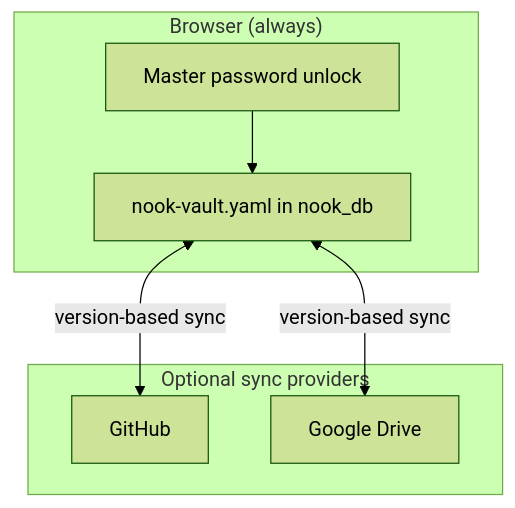
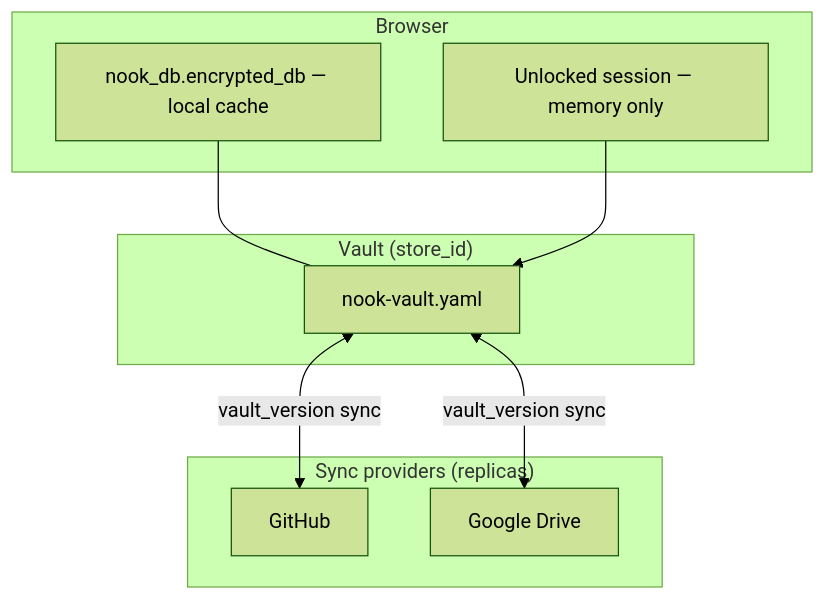
Before and after one commit to meta-secret/nook: the first of 3 diagrams in .cortex/design-docs/unified-vault.md, drawn with Mermaid (forest theme). The commit also changed other lines of this file and 46 other files, not shown here.

First line of the commit message:
Polish unified vault UX: sync reconcile on connect, legal pages, and session lock.

````diff
--- a/.cortex/design-docs/unified-vault.md
+++ b/.cortex/design-docs/unified-vault.md
@@ -23,14 +17,18 @@
 ```mermaid
 flowchart TB
-  subgraph local["Browser (always)"]
-    V[nook-vault.yaml in nook_db]
-    P[Master password unlock]
+  subgraph vault["Vault (store_id)"]
+    V[nook-vault.yaml]
   end
-  subgraph sync["Optional sync providers"]
+  subgraph local["Browser"]
+    L[nook_db.encrypted_db — local cache]
+    S[Unlocked session — memory only]
+  end
+  subgraph sync["Sync providers (replicas)"]
     G[GitHub]
     D[Google Drive]
   end
-  V <-->|"version-based sync"| G
-  V <-->|"version-based sync"| D
-  P --> V
+  L --- V
+  V <-->|"vault_version sync"| G
+  V <-->|"vault_version sync"| D
+  S --> V
 ```
````
